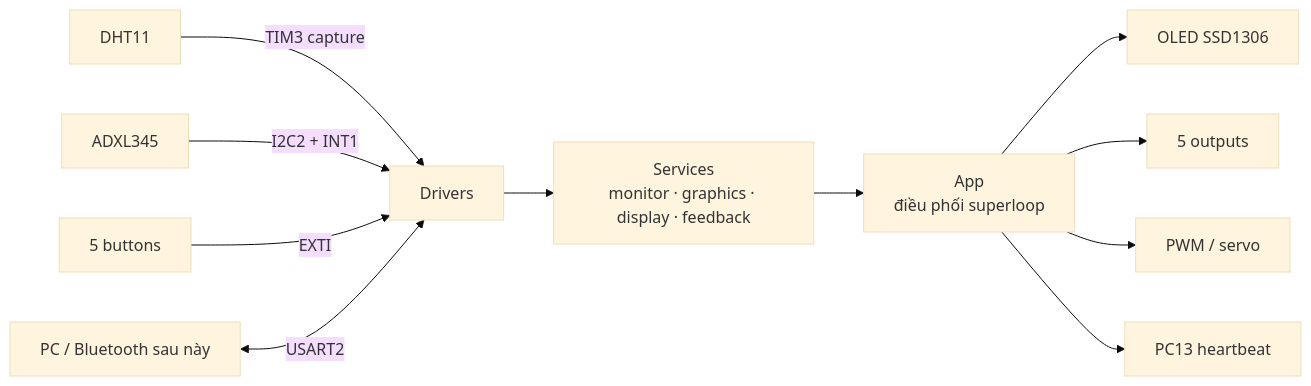
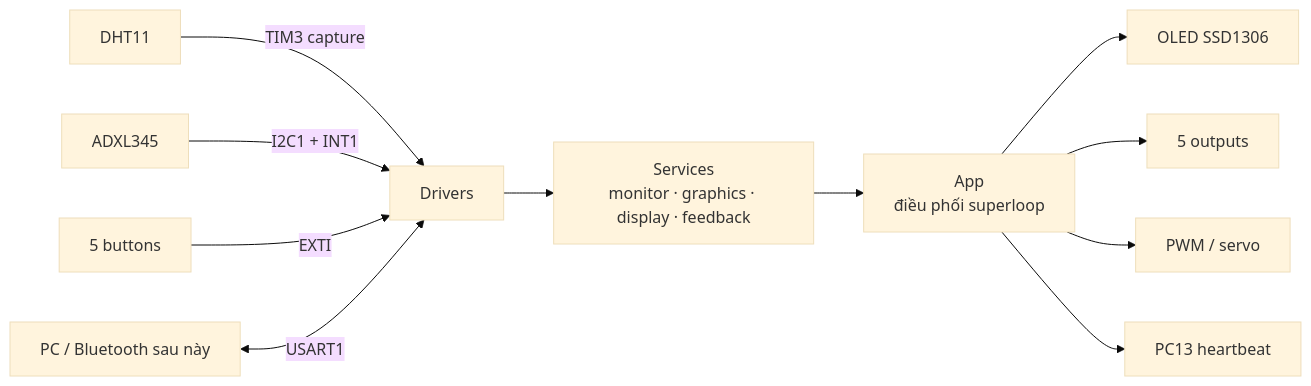
One commit to DontMindMe129/bluetooth-control-device changed the diagram in README.md. Above: the diagram before and after it, drawn with Mermaid (base theme). The commit also changed other lines of this file and 21 other files, not shown here.

````diff
--- a/README.md
+++ b/README.md
@@ -22,13 +22,13 @@
 ```mermaid
 flowchart LR
     DHT[DHT11] -->|TIM3 capture| DRV[Drivers]
-    ADXL[ADXL345] -->|I2C2 + INT1| DRV
+    ADXL[ADXL345] -->|I2C1 + INT1| DRV
     BTN[5 buttons] -->|EXTI| DRV
-    UART[PC / Bluetooth sau này] <-->|USART2| DRV
+    UART[PC / Bluetooth sau này] <-->|USART1| DRV
     DRV --> SVC[Services<br/>monitor · graphics · display · feedback]
     SVC --> APP[App<br/>điều phối superloop]
     APP --> OLED[OLED SSD1306]
     APP --> OUT[5 outputs]
     APP --> PWM[PWM / servo]
     APP --> LED[PC13 heartbeat]
 ```
````
